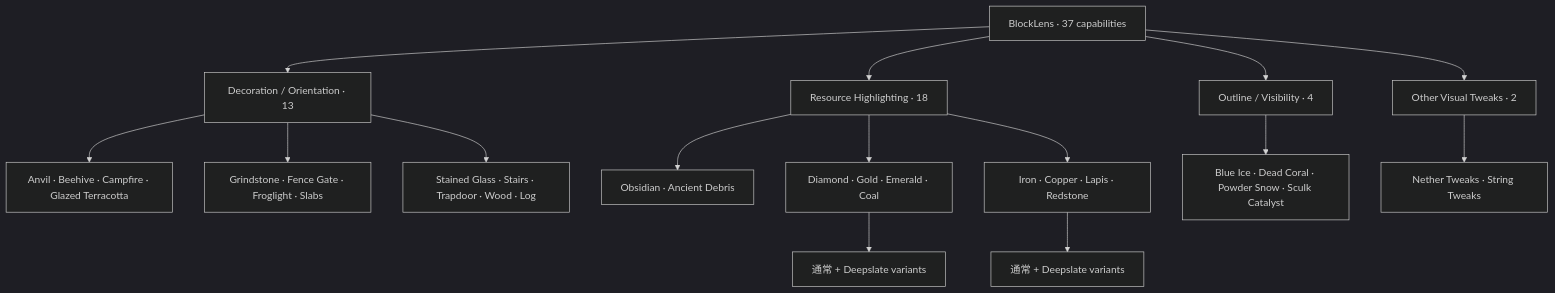
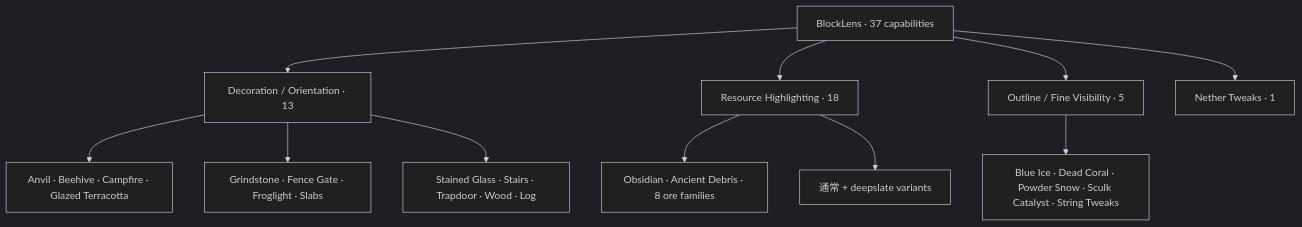
The first of 4 diagrams in README_ja.md (bosatsu25/BlockLens), drawn with Mermaid (dark theme) before and after one commit. The commit also changed other lines of this file and 23 other files, not shown here.

````diff
--- a/README_ja.md
+++ b/README_ja.md
@@ -27,21 +27,15 @@
 ```mermaid
 flowchart TB
     BL[BlockLens · 37 capabilities]
     BL --> D[Decoration / Orientation · 13]
     BL --> R[Resource Highlighting · 18]
-    BL --> O[Outline / Visibility · 4]
-    BL --> X[Other Visual Tweaks · 2]
+    BL --> O[Outline / Fine Visibility · 5]
+    BL --> N[Nether Tweaks · 1]
 
     D --> D1[Anvil · Beehive · Campfire · Glazed Terracotta]
     D --> D2[Grindstone · Fence Gate · Froglight · Slabs]
     D --> D3[Stained Glass · Stairs · Trapdoor · Wood · Log]
-
-    R --> R1[Obsidian · Ancient Debris]
-    R --> R2[Diamond · Gold · Emerald · Coal]
-    R --> R3[Iron · Copper · Lapis · Redstone]
-    R2 --> R4[通常 + Deepslate variants]
-    R3 --> R5[通常 + Deepslate variants]
-
-    O --> O1[Blue Ice · Dead Coral · Powder Snow · Sculk Catalyst]
-    X --> X1[Nether Tweaks · String Tweaks]
+    R --> R1[Obsidian · Ancient Debris · 8 ore families]
+    R --> R2[通常 + deepslate variants]
+    O --> O1[Blue Ice · Dead Coral · Powder Snow · Sculk Catalyst · String Tweaks]
 ```
````
